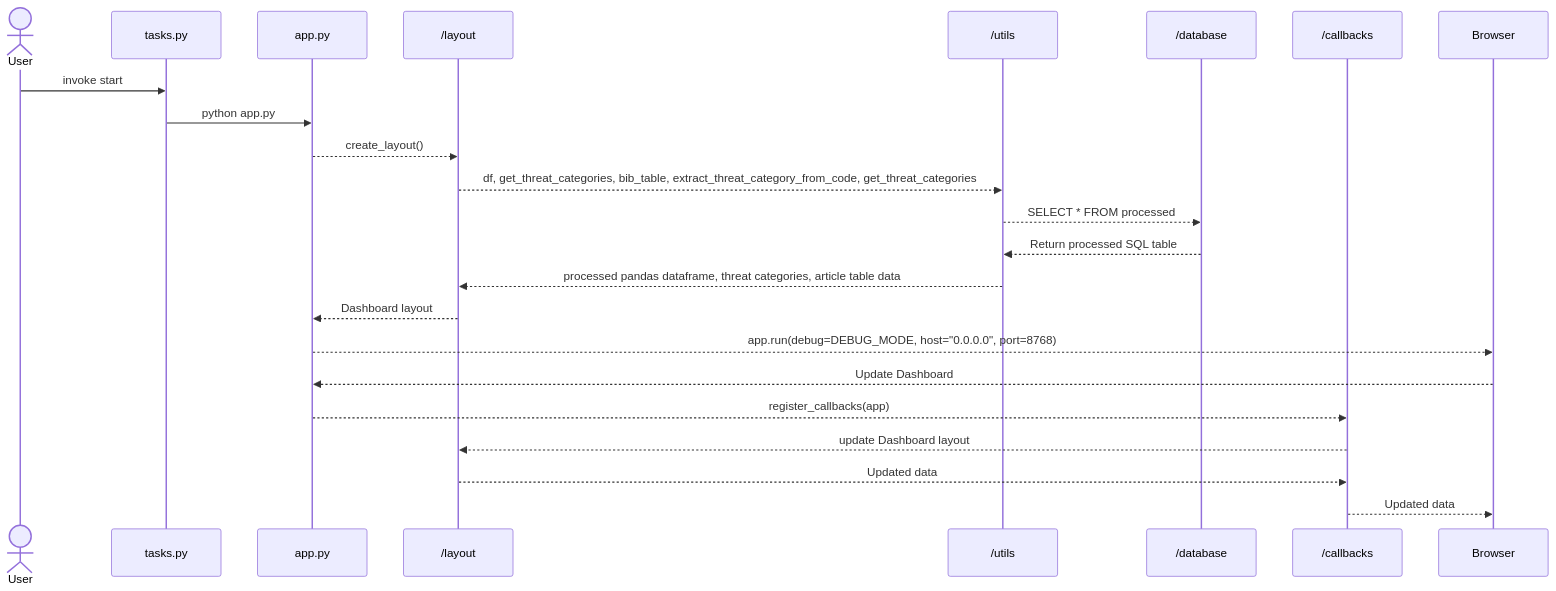
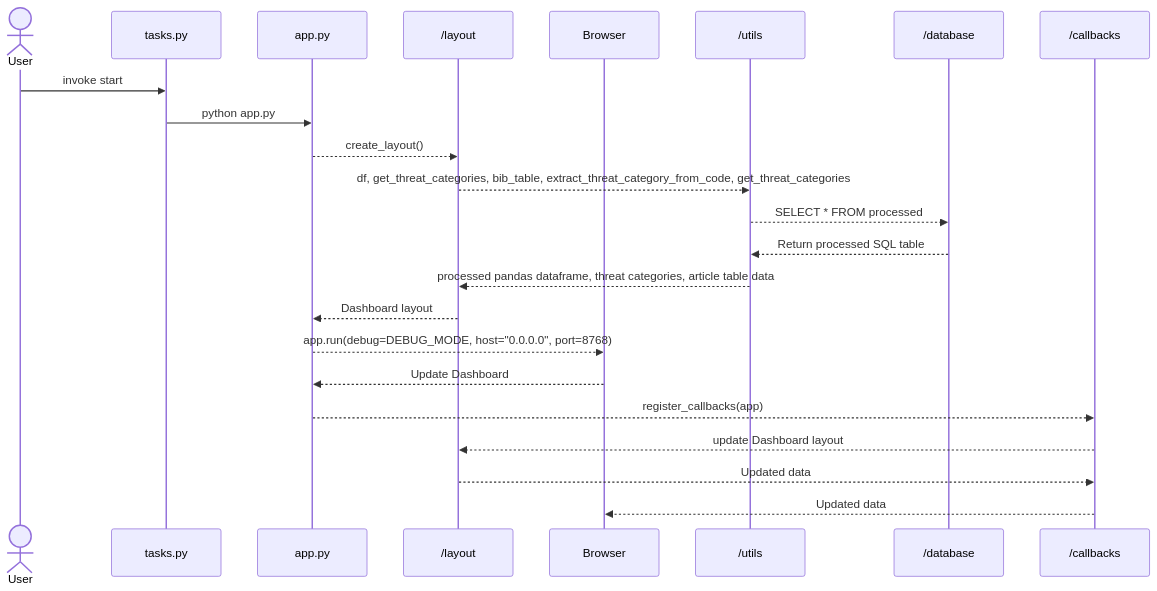
One commit to Biodiversity-Literature-Dashboard/Main_Repository changed the diagram in documentation/ARCHITECTURE.md. Above: the diagram before and after it, drawn with Mermaid. The commit also changed other lines of this file, not shown here.

````diff
--- a/documentation/ARCHITECTURE.md
+++ b/documentation/ARCHITECTURE.md
@@ -43,27 +43,27 @@
 ```mermaid
 sequenceDiagram
     actor U as User
     participant T as tasks.py
     participant A as app.py
     participant L as /layout
+    participant B as Browser
     participant Ut as /utils
     participant SQL as /database
     participant C as /callbacks
-    participant B as Browser
 
     U->>T: invoke start
     T->>A: python app.py
     A-->>L: create_layout()
     L -->>Ut: df, get_threat_categories, bib_table, extract_threat_category_from_code, get_threat_categories
     Ut -->> SQL: SELECT * FROM processed;
     SQL -->> Ut: Return processed SQL table
     Ut -->>L: processed pandas dataframe, threat categories, article table data
     L -->>A: Dashboard layout
     A -->>B: app.run(debug=DEBUG_MODE, host="0.0.0.0", port=8768)
     B -->>A: Update Dashboard
     A -->>C: register_callbacks(app)
     C -->>L: update Dashboard layout
     L -->>C: Updated data
     C -->>B: Updated data
     
 ```
````
